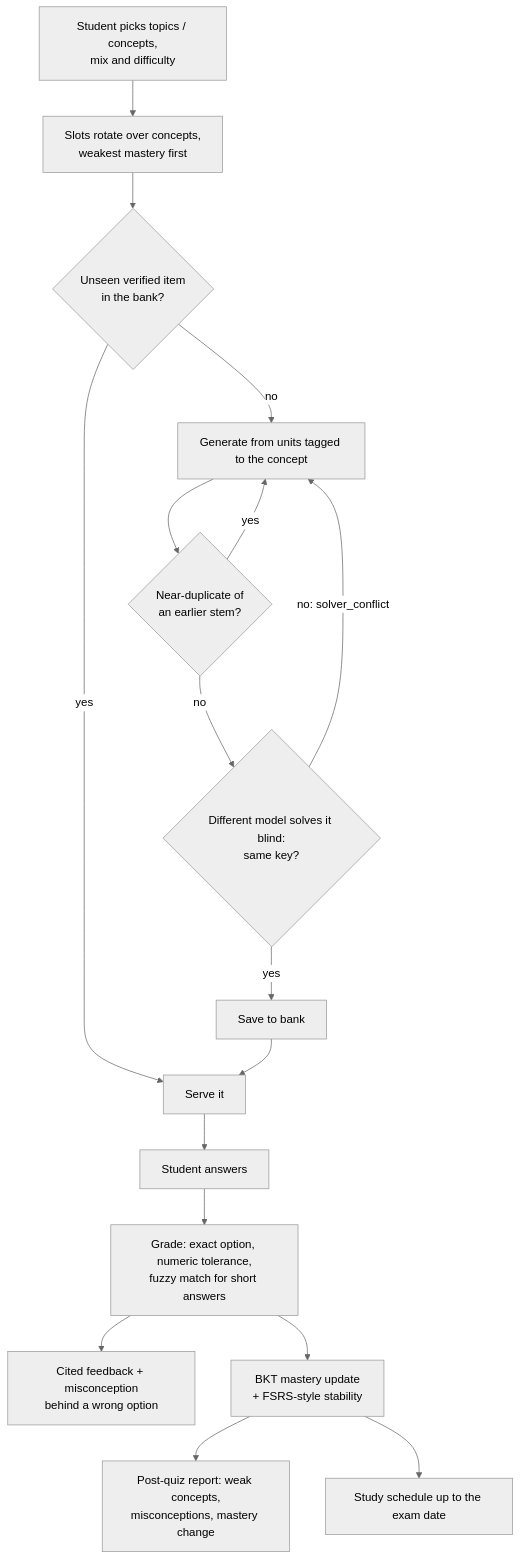
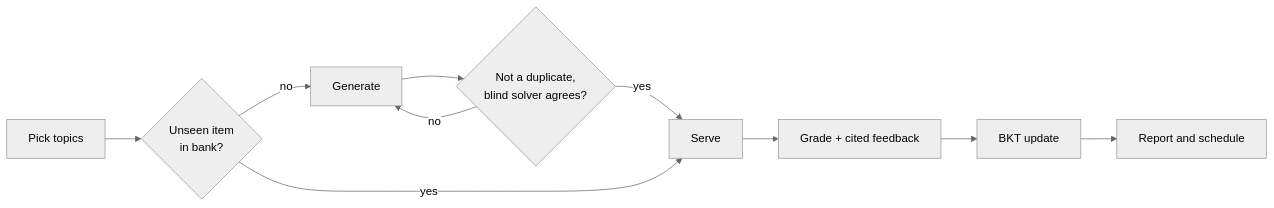
Before and after one commit to Aryan1092raj/Loopers: the fifth of 5 diagrams in README.md, drawn with Mermaid (neutral theme). The commit also changed other lines of this file, not shown here.

````diff
--- a/README.md
+++ b/README.md
@@ -244,18 +111,10 @@
 ```mermaid
-flowchart TD
-    S[Student picks topics / concepts,<br/>mix and difficulty] --> SL[Slots rotate over concepts,<br/>weakest mastery first]
-    SL --> B{Unseen verified item<br/>in the bank?}
-    B -->|yes| SV[Serve it]
-    B -->|no| GEN[Generate from units tagged to the concept]
-    GEN --> C1{Near-duplicate of<br/>an earlier stem?}
-    C1 -->|yes| GEN
-    C1 -->|no| C2{Different model solves it blind:<br/>same key?}
-    C2 -->|no: solver_conflict| GEN
-    C2 -->|yes| BANK[Save to bank] --> SV
-    SV --> ANS[Student answers]
-    ANS --> GR[Grade: exact option, numeric tolerance,<br/>fuzzy match for short answers]
-    GR --> FB[Cited feedback + misconception<br/>behind a wrong option]
-    GR --> BKT[BKT mastery update<br/>+ FSRS-style stability]
-    BKT --> REP[Post-quiz report: weak concepts,<br/>misconceptions, mastery change]
-    BKT --> SCH[Study schedule up to the exam date]
+flowchart LR
+    S[Pick topics] --> B{Unseen item<br/>in bank?}
+    B -->|no| G[Generate] --> V{Not a duplicate,<br/>blind solver agrees?}
+    V -->|no| G
+    V -->|yes| SV[Serve]
+    B -->|yes| SV
+    SV --> GR[Grade + cited feedback]
+    GR --> BKT[BKT update] --> REP[Report and schedule]
 ```
````
